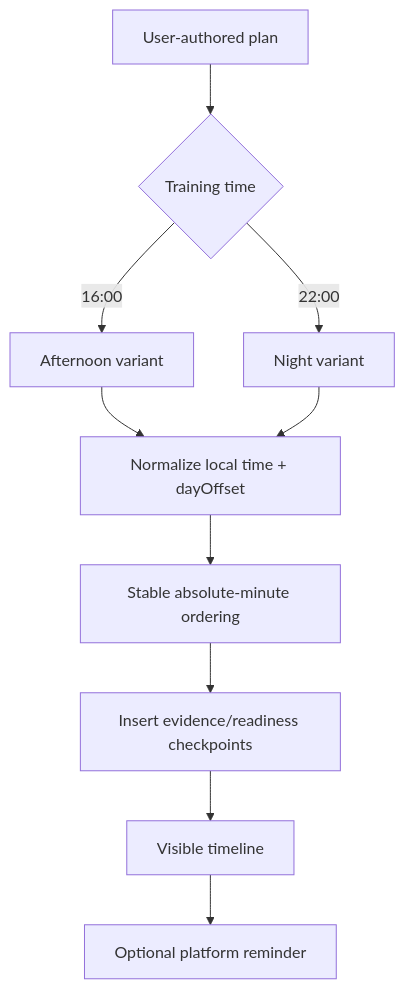
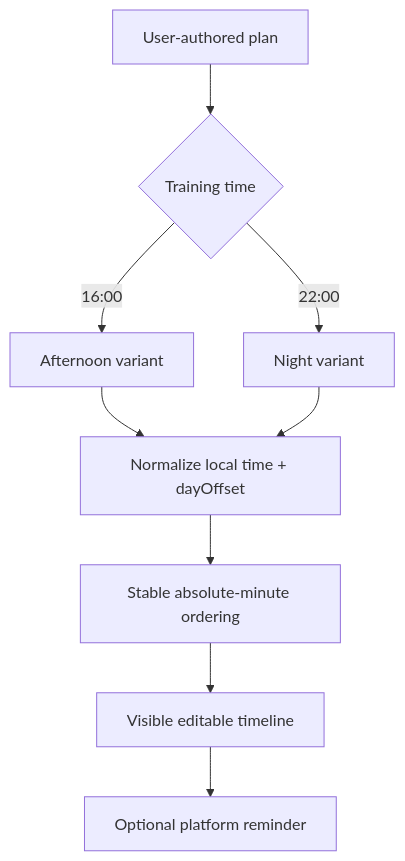
Before and after one commit to ed3c/gym-come-true: the third of 4 diagrams in docs/architecture.md, drawn with Mermaid. The commit also changed other lines of this file, not shown here.

Commit message:
docs: reconcile architecture platform authority

````diff
--- a/docs/architecture.md
+++ b/docs/architecture.md
@@ -323,12 +157,11 @@
 ```mermaid
 flowchart TB
     Draft[User-authored plan] --> Variant{Training time}
     Variant -->|16:00| A[Afternoon variant]
     Variant -->|22:00| B[Night variant]
     A --> Normalize[Normalize local time + dayOffset]
     B --> Normalize
     Normalize --> Sort[Stable absolute-minute ordering]
-    Sort --> Checkpoint[Insert evidence/readiness checkpoints]
-    Checkpoint --> Timeline[Visible timeline]
+    Sort --> Timeline[Visible editable timeline]
     Timeline --> Reminder[Optional platform reminder]
 ```
````
